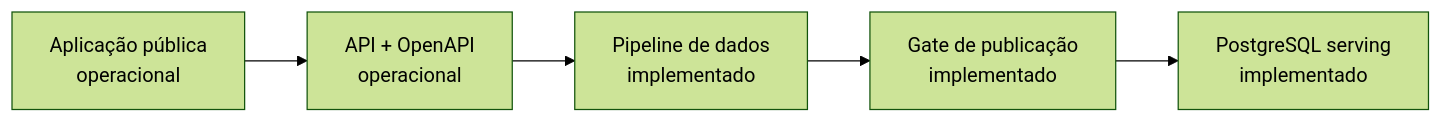
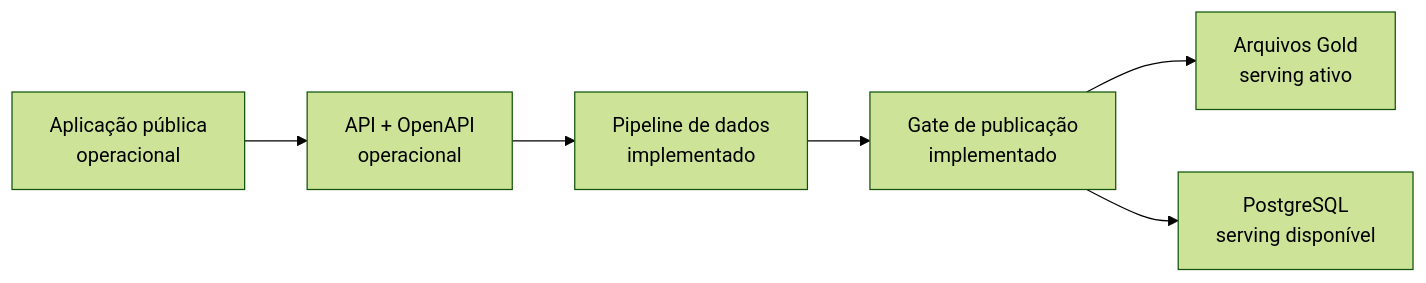
One commit to peedrovinicius/mercado-tech-brasil changed the third of 3 diagrams in README.md. Above: the diagram before and after it, drawn with Mermaid (forest theme). The commit also changed other lines of this file and 7 other files, not shown here.

```diff
--- a/README.md
+++ b/README.md
@@ -166,7 +186,8 @@
 ~~~mermaid
 flowchart LR
     A["Aplicação pública<br/>operacional"] --> B["API + OpenAPI<br/>operacional"]
     B --> C["Pipeline de dados<br/>implementado"]
     C --> D["Gate de publicação<br/>implementado"]
-    D --> E["PostgreSQL serving<br/>implementado"]
+    D --> E["Arquivos Gold<br/>serving ativo"]
+    D --> F["PostgreSQL<br/>serving disponível"]
 ~~~
```
